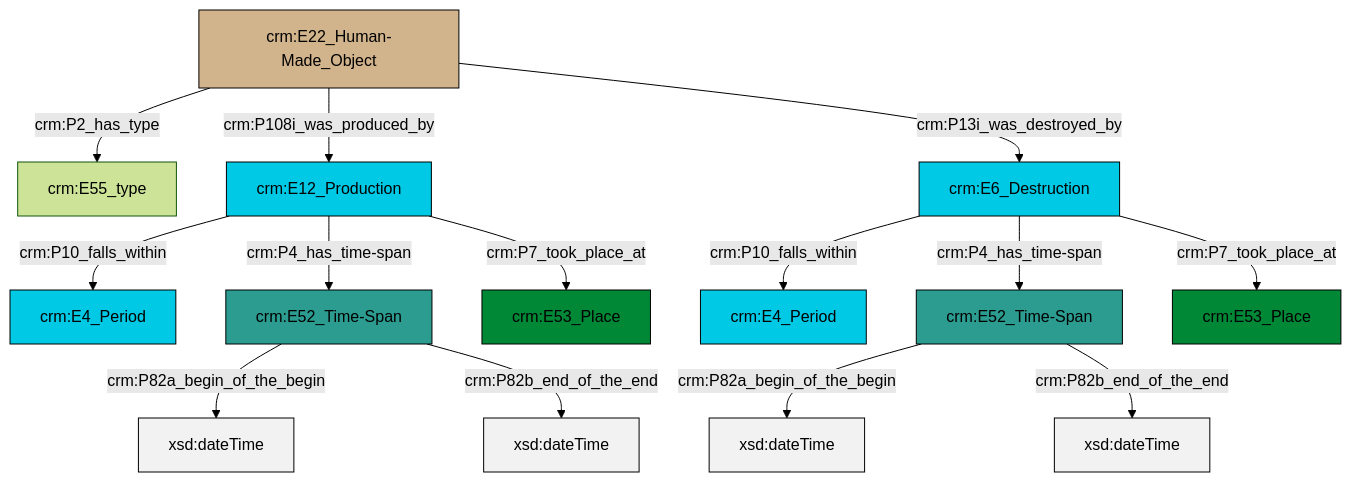
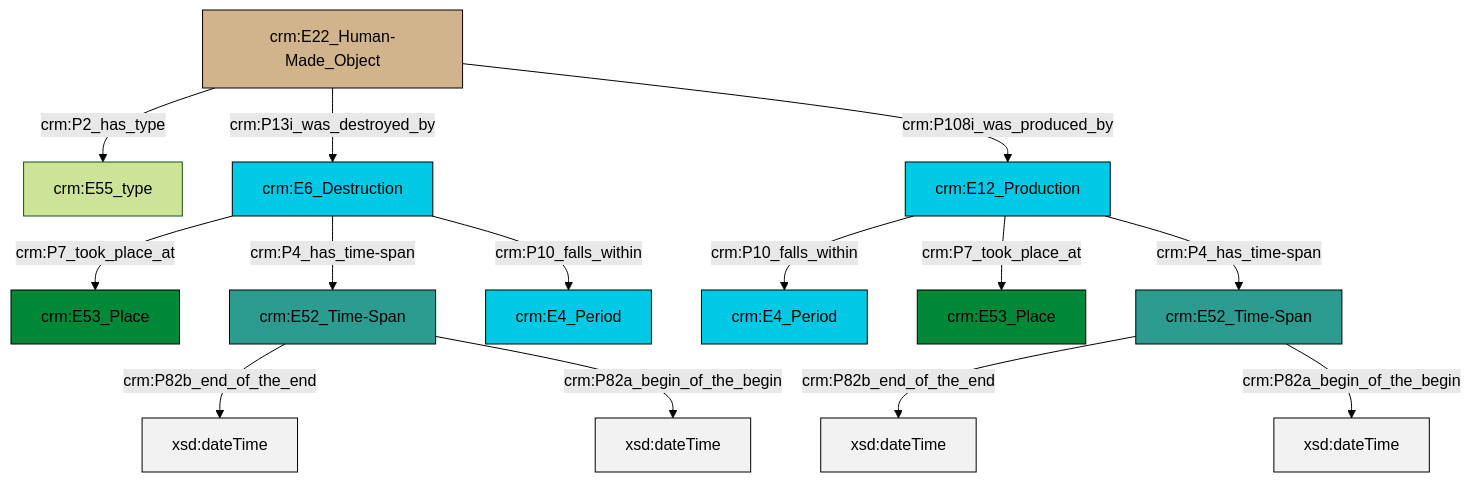
One commit to swiss-art-research-net/docs.swissartresearch changed the diagram in et/builtWorkCSV/ttl/mmd/Built_Work_existence.ttl.mmd. Above: the diagram before and after it, drawn with Mermaid (forest theme). The commit also changed 175 other files, not shown here.

```diff
--- a/et/builtWorkCSV/ttl/mmd/Built_Work_existence.ttl.mmd
+++ b/et/builtWorkCSV/ttl/mmd/Built_Work_existence.ttl.mmd
@@ -1,28 +1,28 @@
 graph TD
 classDef Literal fill:#f2f2f2,stroke:#000000;
 classDef CRM_Entity fill:#FFFFFF,stroke:#000000;
 classDef Temporal_Entity fill:#00C9E6, stroke:#000000;
 classDef Type fill:#E18312, stroke:#000000;
 classDef Time-Span fill:#2C9C91, stroke:#000000;
 classDef Appellation fill:#FFEB7F, stroke:#000000;
 classDef Place fill:#008836, stroke:#000000;
 classDef Persistent_Item fill:#B266B2, stroke:#000000;
 classDef Conceptual_Object fill:#FFD700, stroke:#000000;
 classDef Physical_Thing fill:#D2B48C, stroke:#000000;
 classDef Actor fill:#f58aad, stroke:#000000;
 classDef PC_Classes fill:#4ce600, stroke:#000000;
 classDef Multi fill:#cccccc,stroke:#000000;
 
-2["crm:E52_Time-Span"]:::Time-Span -->|crm:P82a_begin_of_the_begin| 3[xsd:dateTime]:::Literal
-4["crm:E22_Human-Made_Object"]:::Physical_Thing -->|crm:P2_has_type| 6["crm:E55_type"]:::Default
-2["crm:E52_Time-Span"]:::Time-Span -->|crm:P82b_end_of_the_end| 7[xsd:dateTime]:::Literal
-8["crm:E6_Destruction"]:::Temporal_Entity -->|crm:P10_falls_within| 9["crm:E4_Period"]:::Temporal_Entity
-8["crm:E6_Destruction"]:::Temporal_Entity -->|crm:P4_has_time-span| 10["crm:E52_Time-Span"]:::Time-Span
-4["crm:E22_Human-Made_Object"]:::Physical_Thing -->|crm:P108i_was_produced_by| 13["crm:E12_Production"]:::Temporal_Entity
-10["crm:E52_Time-Span"]:::Time-Span -->|crm:P82a_begin_of_the_begin| 16[xsd:dateTime]:::Literal
-13["crm:E12_Production"]:::Temporal_Entity -->|crm:P10_falls_within| 0["crm:E4_Period"]:::Temporal_Entity
-13["crm:E12_Production"]:::Temporal_Entity -->|crm:P4_has_time-span| 2["crm:E52_Time-Span"]:::Time-Span
-10["crm:E52_Time-Span"]:::Time-Span -->|crm:P82b_end_of_the_end| 19[xsd:dateTime]:::Literal
-8["crm:E6_Destruction"]:::Temporal_Entity -->|crm:P7_took_place_at| 20["crm:E53_Place"]:::Place
-4["crm:E22_Human-Made_Object"]:::Physical_Thing -->|crm:P13i_was_destroyed_by| 8["crm:E6_Destruction"]:::Temporal_Entity
-13["crm:E12_Production"]:::Temporal_Entity -->|crm:P7_took_place_at| 17["crm:E53_Place"]:::Place
+0["crm:E22_Human-Made_Object"]:::Physical_Thing -->|crm:P2_has_type| 1["crm:E55_type"]:::Default
+2["crm:E52_Time-Span"]:::Time-Span -->|crm:P82b_end_of_the_end| 3[xsd:dateTime]:::Literal
+0["crm:E22_Human-Made_Object"]:::Physical_Thing -->|crm:P13i_was_destroyed_by| 5["crm:E6_Destruction"]:::Temporal_Entity
+5["crm:E6_Destruction"]:::Temporal_Entity -->|crm:P7_took_place_at| 6["crm:E53_Place"]:::Place
+7["crm:E12_Production"]:::Temporal_Entity -->|crm:P10_falls_within| 8["crm:E4_Period"]:::Temporal_Entity
+7["crm:E12_Production"]:::Temporal_Entity -->|crm:P7_took_place_at| 11["crm:E53_Place"]:::Place
+5["crm:E6_Destruction"]:::Temporal_Entity -->|crm:P4_has_time-span| 15["crm:E52_Time-Span"]:::Time-Span
+5["crm:E6_Destruction"]:::Temporal_Entity -->|crm:P10_falls_within| 16["crm:E4_Period"]:::Temporal_Entity
+0["crm:E22_Human-Made_Object"]:::Physical_Thing -->|crm:P108i_was_produced_by| 7["crm:E12_Production"]:::Temporal_Entity
+15["crm:E52_Time-Span"]:::Time-Span -->|crm:P82b_end_of_the_end| 20[xsd:dateTime]:::Literal
+2["crm:E52_Time-Span"]:::Time-Span -->|crm:P82a_begin_of_the_begin| 22[xsd:dateTime]:::Literal
+15["crm:E52_Time-Span"]:::Time-Span -->|crm:P82a_begin_of_the_begin| 23[xsd:dateTime]:::Literal
+7["crm:E12_Production"]:::Temporal_Entity -->|crm:P4_has_time-span| 2["crm:E52_Time-Span"]:::Time-Span
```
